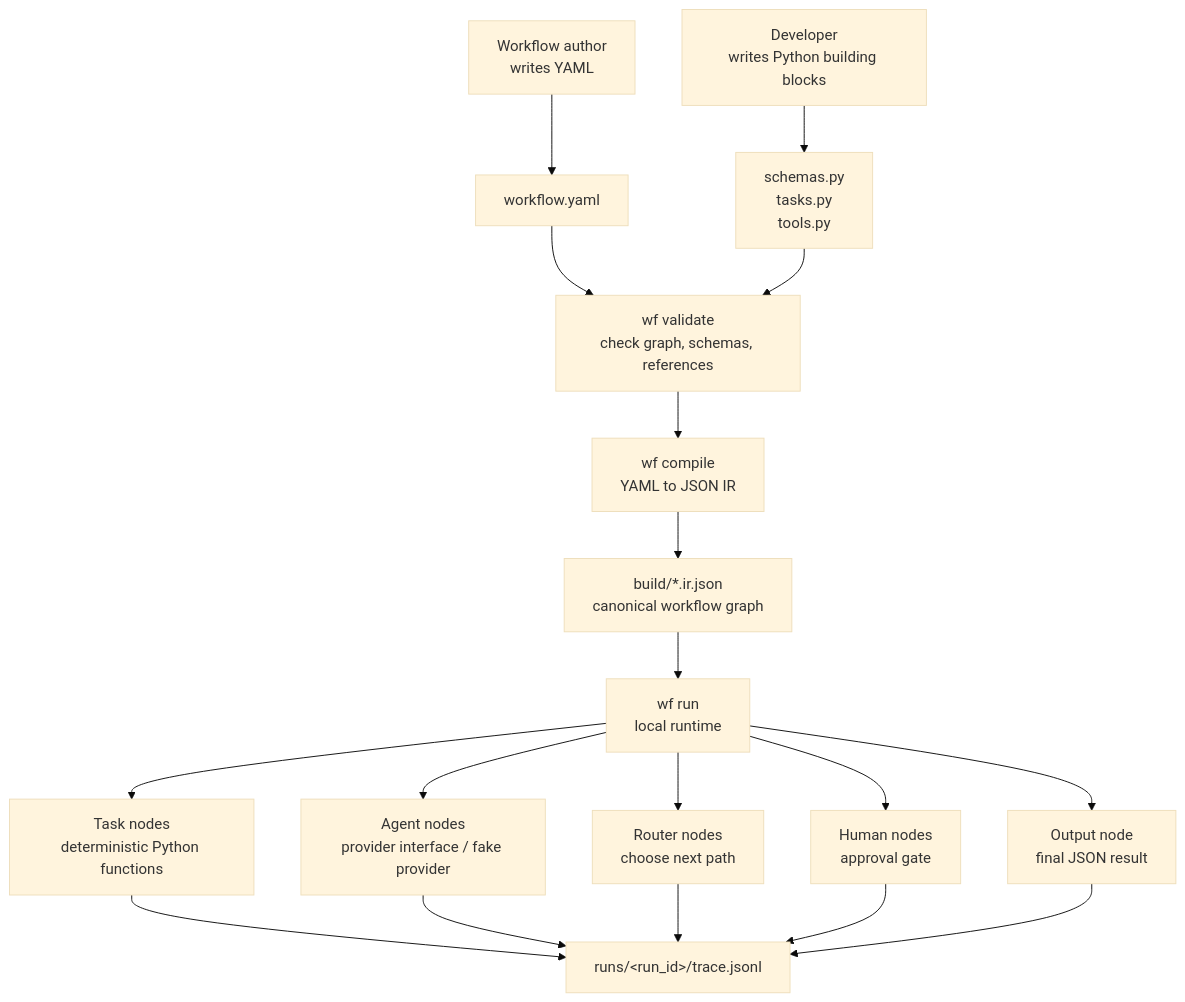
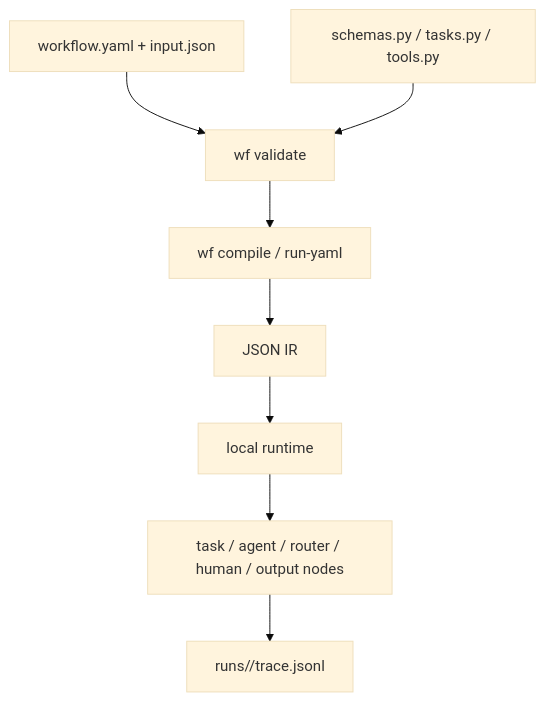
The diagram in README.md (hslhuang123/workflow-as-code), drawn with Mermaid (base theme) before and after one commit. The commit also changed other lines of this file and 5 other files, not shown here.

````diff
--- a/README.md
+++ b/README.md
@@ -15,23 +110,10 @@
 ```mermaid
 flowchart TD
-    A[Workflow author<br/>writes YAML] --> B[workflow.yaml]
-    C[Developer<br/>writes Python building blocks] --> D[schemas.py<br/>tasks.py<br/>tools.py]
-
-    B --> E[wf validate<br/>check graph, schemas, references]
-    D --> E
-    E --> F[wf compile<br/>YAML to JSON IR]
-    F --> G[build/*.ir.json<br/>canonical workflow graph]
-    G --> H[wf run<br/>local runtime]
-
-    H --> I[Task nodes<br/>deterministic Python functions]
-    H --> J[Agent nodes<br/>provider interface / fake provider]
-    H --> K[Router nodes<br/>choose next path]
-    H --> L[Human nodes<br/>approval gate]
-    H --> M[Output node<br/>final JSON result]
-
-    I --> N[runs/&lt;run_id&gt;/trace.jsonl]
-    J --> N
-    K --> N
-    L --> N
-    M --> N
+    A[workflow.yaml + input.json] --> B[wf validate]
+    C[schemas.py / tasks.py / tools.py] --> B
+    B --> D[wf compile / run-yaml]
+    D --> E[JSON IR]
+    E --> F[local runtime]
+    F --> G[task / agent / router / human / output nodes]
+    G --> H[runs/<run_id>/trace.jsonl]
 ```
````
